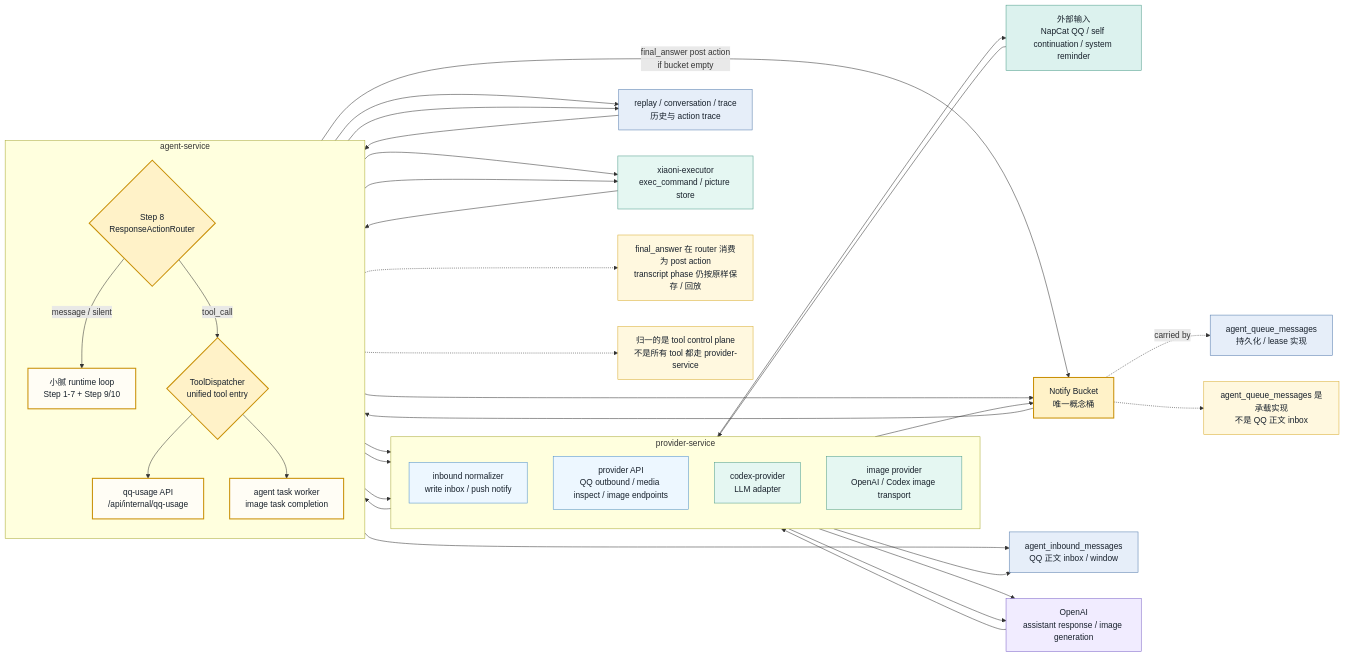
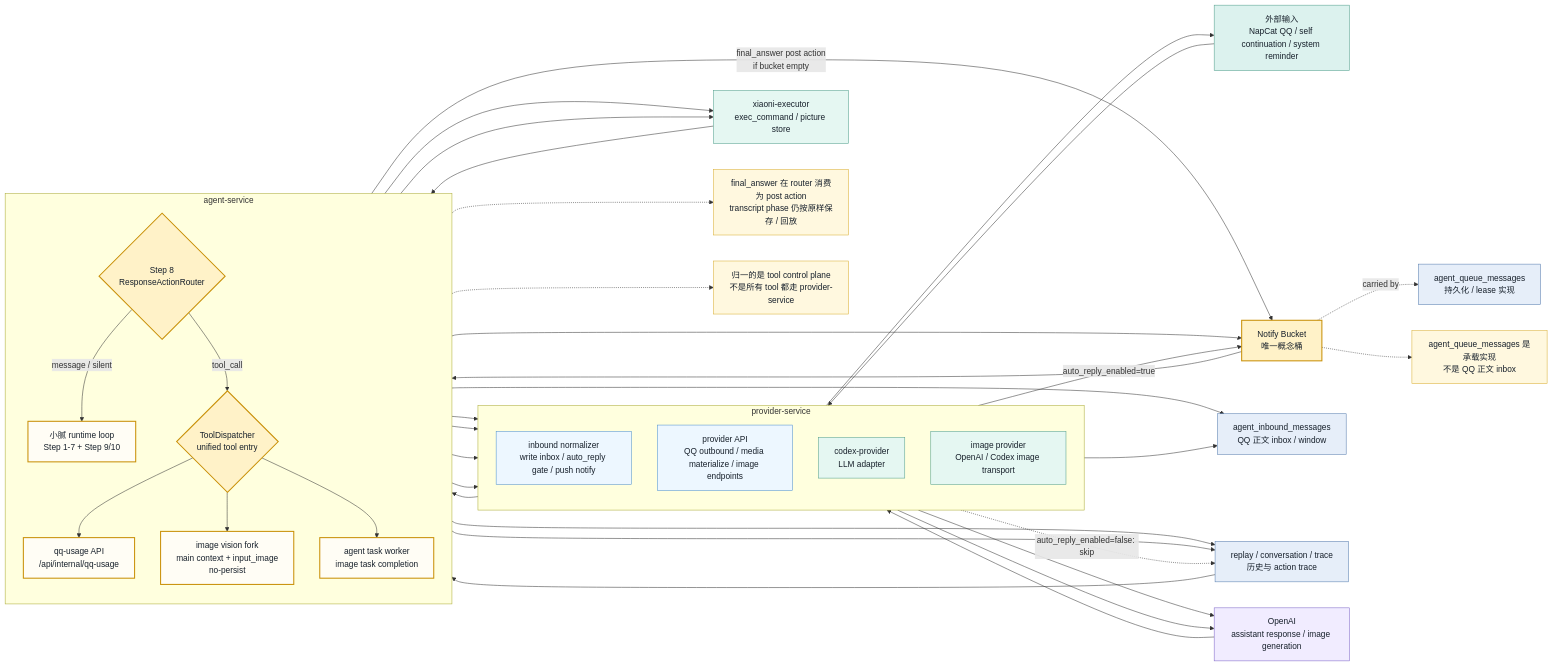
One commit to Hei-AI/xiaoni_cc changed the diagram in docs/xiaoni-notify-runtime-component.mmd. Above: the diagram before and after it, drawn with Mermaid. The commit also changed 13 other files, not shown here.

```diff
--- a/docs/xiaoni-notify-runtime-component.mmd
+++ b/docs/xiaoni-notify-runtime-component.mmd
@@ -1,66 +1,69 @@
 flowchart LR
   %% Topology-oriented source for docs/xiaoni-notify-runtime-component.svg.
   %% The PlantUML file is the rendered source; this Mermaid file keeps the same semantic graph.
 
   classDef external fill:#dcf2ee,stroke:#4f9d8a,color:#17202b
   classDef provider fill:#edf7ff,stroke:#4d8fcb,color:#17202b
   classDef bucket fill:#fff2c8,stroke:#c99008,stroke-width:2px,color:#17202b
   classDef agent fill:#fffdf5,stroke:#c99008,stroke-width:2px,color:#17202b
   classDef step fill:#e6eef9,stroke:#557cad,color:#17202b
   classDef tool fill:#e5f7f2,stroke:#4f9d8a,color:#17202b
   classDef llm fill:#f1ecff,stroke:#7c63c7,color:#17202b
   classDef store fill:#e6eef9,stroke:#557cad,color:#17202b
   classDef note fill:#fff8df,stroke:#d8ad31,color:#17202b
 
   external["外部输入<br/>NapCat QQ / self continuation / system reminder"]:::external
   bucket["Notify Bucket<br/>唯一概念桶"]:::bucket
   queue["agent_queue_messages<br/>持久化 / lease 实现"]:::store
   inbox["agent_inbound_messages<br/>QQ 正文 inbox / window"]:::store
   history["replay / conversation / trace<br/>历史与 action trace"]:::store
   openai["OpenAI<br/>assistant response / image generation"]:::llm
   executor["xiaoni-executor<br/>exec_command / picture store"]:::tool
 
   subgraph provider["provider-service"]
     direction TB
-    providerInbound["inbound normalizer<br/>write inbox / push notify"]:::provider
-    providerApi["provider API<br/>QQ outbound / media inspect / image endpoints"]:::provider
+    providerInbound["inbound normalizer<br/>write inbox / auto_reply gate / push notify"]:::provider
+    providerApi["provider API<br/>QQ outbound / media materialize / image endpoints"]:::provider
     codexProvider["codex-provider<br/>LLM adapter"]:::tool
     imageProvider["image provider<br/>OpenAI / Codex image transport"]:::tool
   end
 
   subgraph agent["agent-service"]
     direction TB
     loop["小腻 runtime loop<br/>Step 1-7 + Step 9/10"]:::agent
     router{"Step 8<br/>ResponseActionRouter"}:::bucket
     dispatcher{"ToolDispatcher<br/>unified tool entry"}:::bucket
     qqUsageApi["qq-usage API<br/>/api/internal/qq-usage"]:::agent
+    imageVisionFork["image vision fork<br/>main context + input_image<br/>no-persist"]:::agent
     taskWorker["agent task worker<br/>image task completion"]:::agent
   end
 
   noteRouter["final_answer 在 router 消费为 post action<br/>transcript phase 仍按原样保存 / 回放"]:::note
   noteDispatch["归一的是 tool control plane<br/>不是所有 tool 都走 provider-service"]:::note
   noteBucket["agent_queue_messages 是承载实现<br/>不是 QQ 正文 inbox"]:::note
 
   external --> providerInbound
   providerInbound --> inbox
-  providerInbound --> bucket
+  providerInbound -- "auto_reply_enabled=true" --> bucket
+  providerInbound -. "auto_reply_enabled=false: skip" .-> history
   bucket -. "carried by" .-> queue
   bucket --> loop
   bucket -.-> noteBucket
 
   loop --> codexProvider --> openai --> codexProvider --> router
   router --> history
   router -- "final_answer post action<br/>if bucket empty" --> bucket
   router -- "tool_call" --> dispatcher
   router -- "message / silent" --> loop
   router -.-> noteRouter
 
   dispatcher --> qqUsageApi --> inbox
+  dispatcher --> imageVisionFork --> codexProvider
   dispatcher --> providerApi --> external
   dispatcher --> executor --> dispatcher
   dispatcher --> taskWorker --> imageProvider --> openai
   taskWorker --> executor
   taskWorker --> bucket
   dispatcher -.-> noteDispatch
 
   loop --> history --> loop
```
